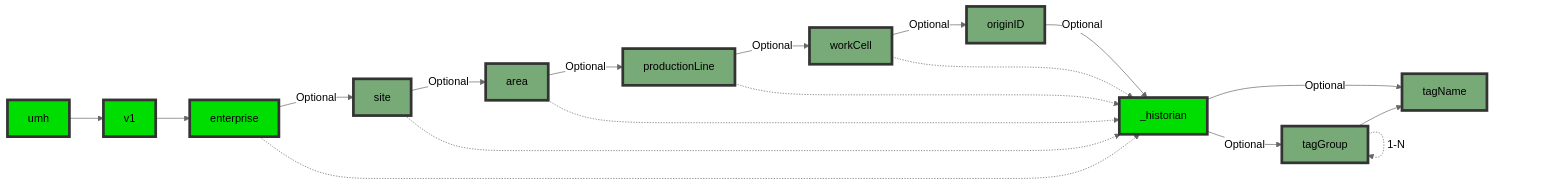
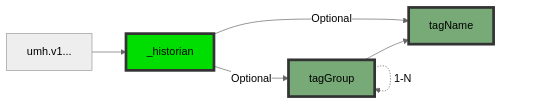
The diagram in umh.docs.umh.app/content/en/docs/datamodel/messages/_historian.md (united-manufacturing-hub/umh.docs.umh.app), drawn with Mermaid (neutral theme) before and after one commit. The commit also changed other lines of this file and 8 other files, not shown here.

```diff
--- a/umh.docs.umh.app/content/en/docs/datamodel/messages/_historian.md
+++ b/umh.docs.umh.app/content/en/docs/datamodel/messages/_historian.md
@@ -10,25 +10,14 @@
 {{<mermaid theme="neutral" >}}
 flowchart LR
-umh --> v1
-v1 --> enterprise
-enterprise -->|Optional| site
-site -->|Optional| area
-area -->|Optional| productionLine
-productionLine -->|Optional| workCell
-workCell -->|Optional| originID
-originID -->|Optional| _historian --> |Optional| tagName
+topicStart["umh.v1..."] --> _historian
+_historian --> |Optional| tagName
 _historian --> |Optional| tagGroup
 tagGroup --> tagName
 
     classDef mqtt fill:#00dd00,stroke:#333,stroke-width:4px;
     class umh,v1,enterprise,_historian mqtt;
     classDef optional fill:#77aa77,stroke:#333,stroke-width:4px;
     class site,area,productionLine,workCell,originID,tagGroup,tagName optional;
-    
-    enterprise -.-> _historian
-    site -.-> _historian
-    area -.-> _historian
-    productionLine -.-> _historian
-    workCell -.-> _historian
+
     tagGroup -.-> |1-N| tagGroup
 {{</ mermaid >}}
```
